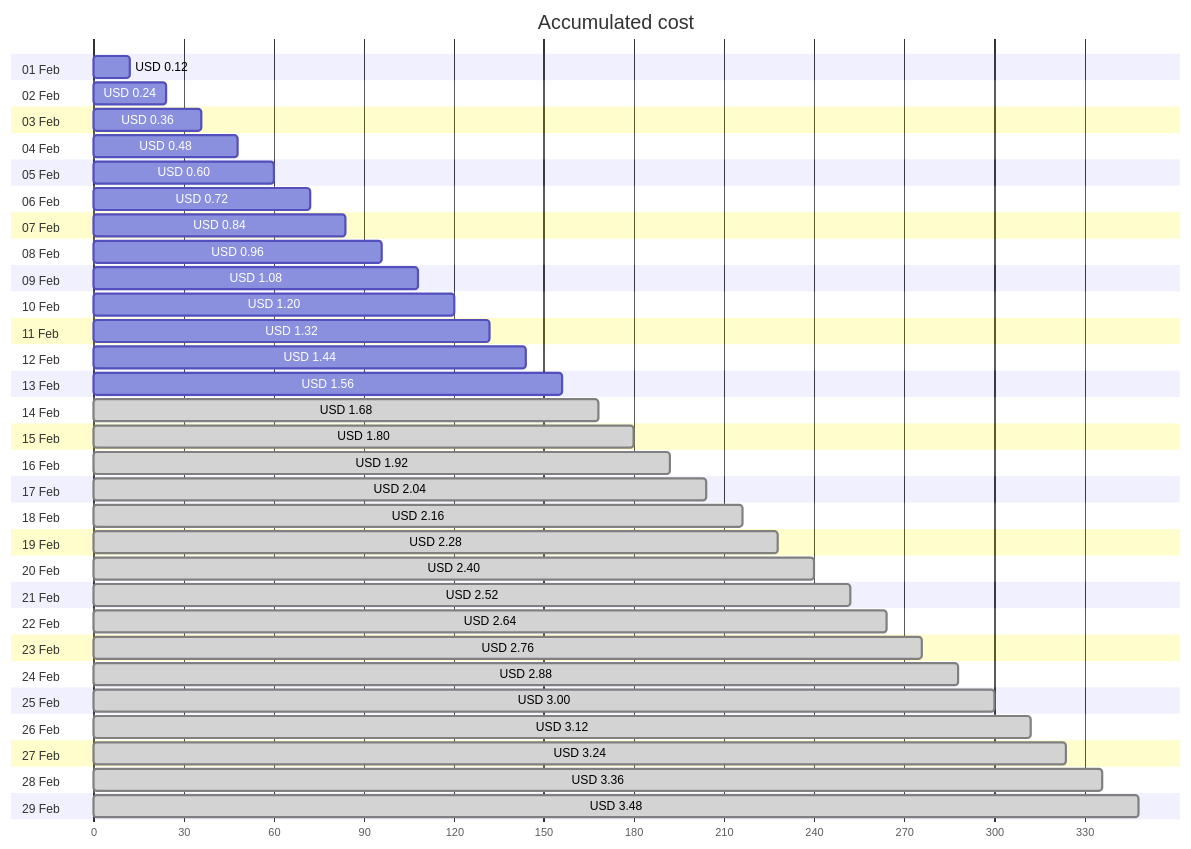
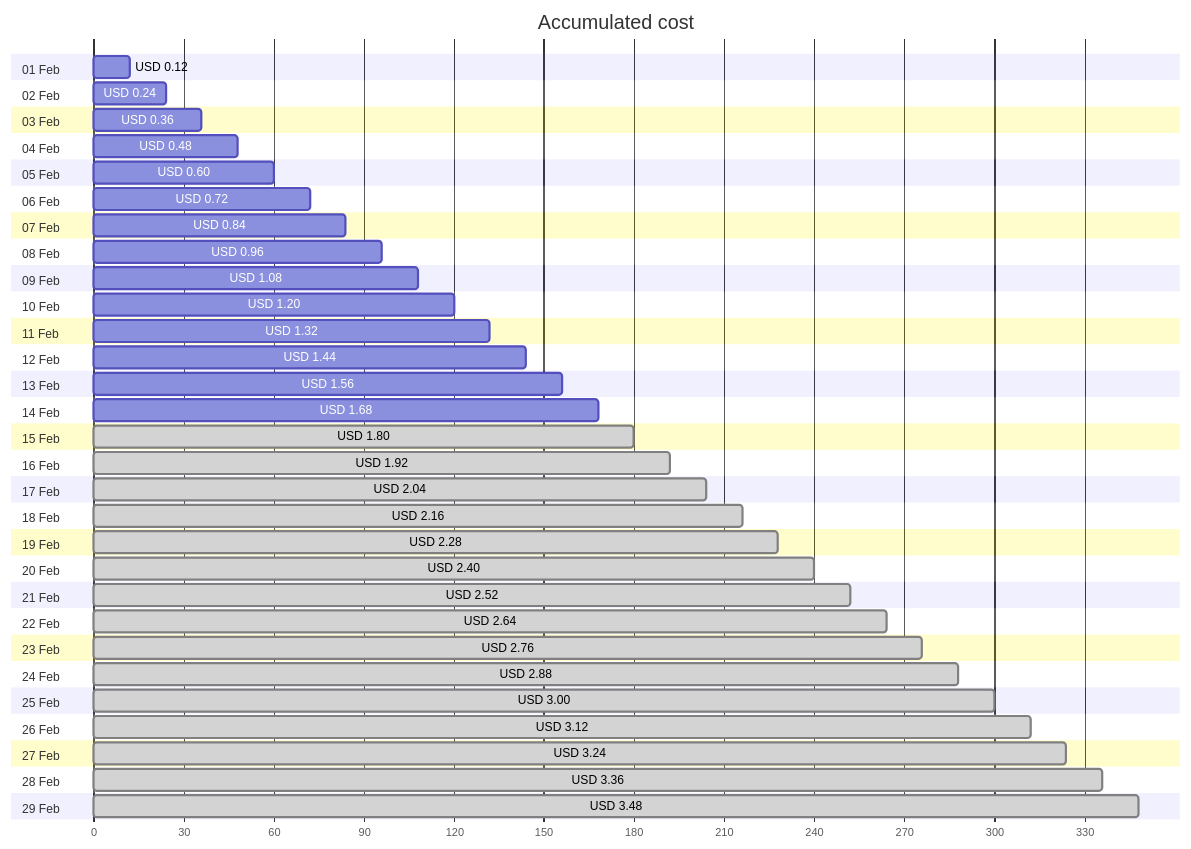
One commit to jpfulton/azure-personal-reports changed the first of 4 diagrams in cost-reports/personal-network/backup-server-public-ip.md. Above: the diagram before and after it, drawn with Mermaid. The commit also changed other lines of this file and 8 other files, not shown here.

````diff
--- a/cost-reports/personal-network/backup-server-public-ip.md
+++ b/cost-reports/personal-network/backup-server-public-ip.md
@@ -20,64 +20,64 @@
 ```mermaid
 gantt
    title Accumulated cost
    dateFormat  X
    axisFormat %s
    section 01 Feb
    USD 0.12 :0, 12
    section 02 Feb
    USD 0.24 :0, 24
    section 03 Feb
    USD 0.36 :0, 36
    section 04 Feb
    USD 0.48 :0, 48
    section 05 Feb
    USD 0.60 :0, 60
    section 06 Feb
    USD 0.72 :0, 72
    section 07 Feb
    USD 0.84 :0, 84
    section 08 Feb
    USD 0.96 :0, 96
    section 09 Feb
    USD 1.08 :0, 108
    section 10 Feb
    USD 1.20 :0, 120
    section 11 Feb
    USD 1.32 :0, 132
    section 12 Feb
    USD 1.44 :0, 144
    section 13 Feb
    USD 1.56 :0, 156
    section 14 Feb
-   USD 1.68 : done, 0, 168
+   USD 1.68 :0, 168
    section 15 Feb
    USD 1.80 : done, 0, 180
    section 16 Feb
    USD 1.92 : done, 0, 192
    section 17 Feb
    USD 2.04 : done, 0, 204
    section 18 Feb
    USD 2.16 : done, 0, 216
    section 19 Feb
    USD 2.28 : done, 0, 228
    section 20 Feb
    USD 2.40 : done, 0, 240
    section 21 Feb
    USD 2.52 : done, 0, 252
    section 22 Feb
    USD 2.64 : done, 0, 264
    section 23 Feb
    USD 2.76 : done, 0, 276
    section 24 Feb
    USD 2.88 : done, 0, 288
    section 25 Feb
    USD 3.00 : done, 0, 300
    section 26 Feb
    USD 3.12 : done, 0, 312
    section 27 Feb
    USD 3.24 : done, 0, 324
    section 28 Feb
    USD 3.36 : done, 0, 336
    section 29 Feb
    USD 3.48 : done, 0, 348
 ```
````
